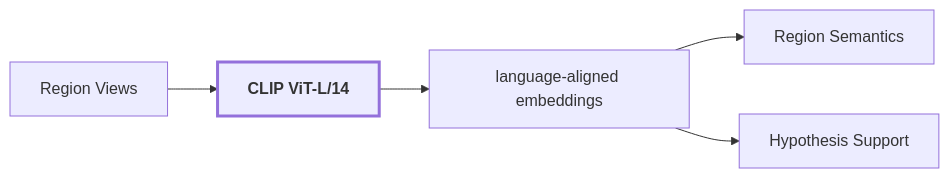
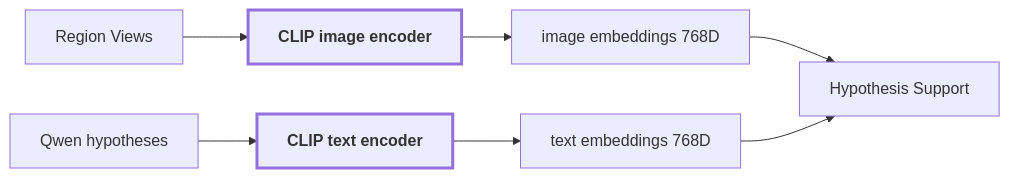
Before and after one commit to Alexandre-Tortoza/contextual-3d-mapping: the diagram in docs/07-language-aligned-evidence.md, drawn with Mermaid. The commit also changed other lines of this file, not shown here.

Commit message:
docs: expand CLIP evidence explanation

````diff
--- a/docs/07-language-aligned-evidence.md
+++ b/docs/07-language-aligned-evidence.md
@@ -5,8 +5,10 @@
 ```mermaid
 flowchart LR
-    A["Region Views"] --> B["CLIP ViT-L/14"]:::current
-    B --> C["language-aligned embeddings"]
-    C --> D["Region Semantics"]
-    C --> E["Hypothesis Support"]
+    A["Region Views"] --> B["CLIP image encoder"]:::current
+    B --> C["image embeddings 768D"]
+    D["Qwen hypotheses"] --> E["CLIP text encoder"]:::current
+    E --> F["text embeddings 768D"]
+    C --> G["Hypothesis Support"]
+    F --> G
     classDef current stroke-width:3px,font-weight:bold;
 ```
````
